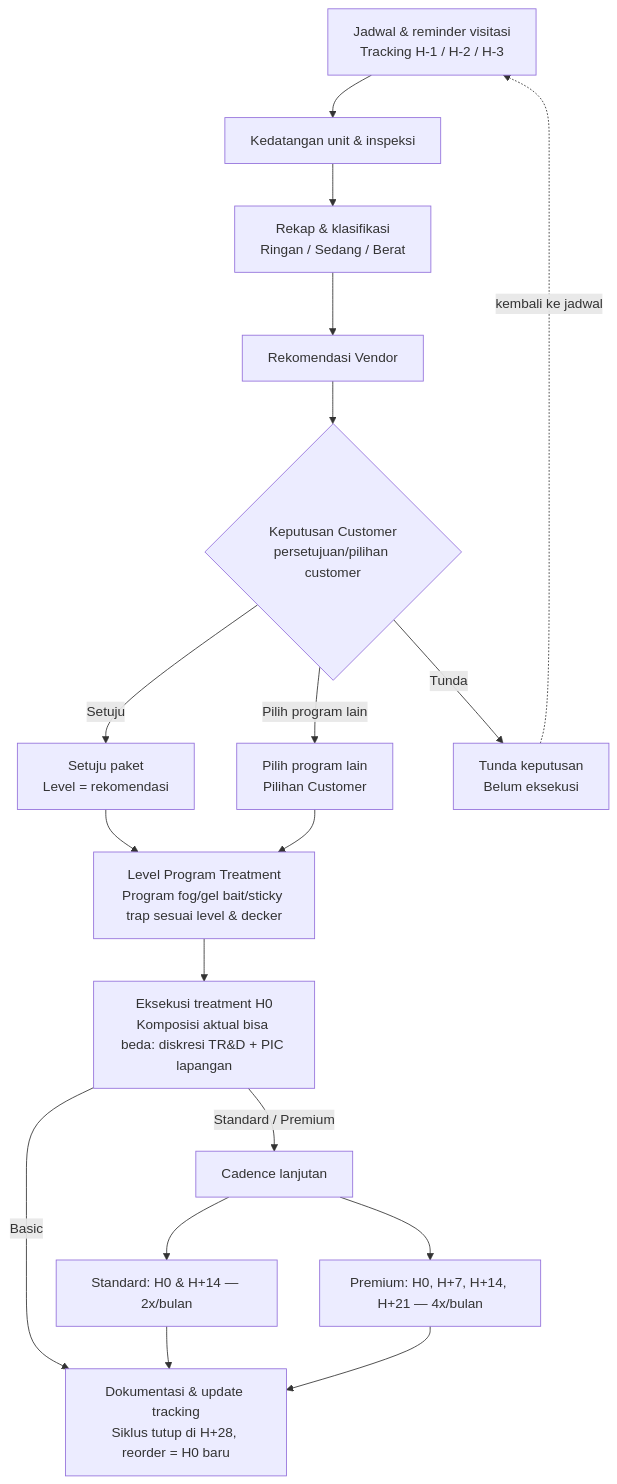
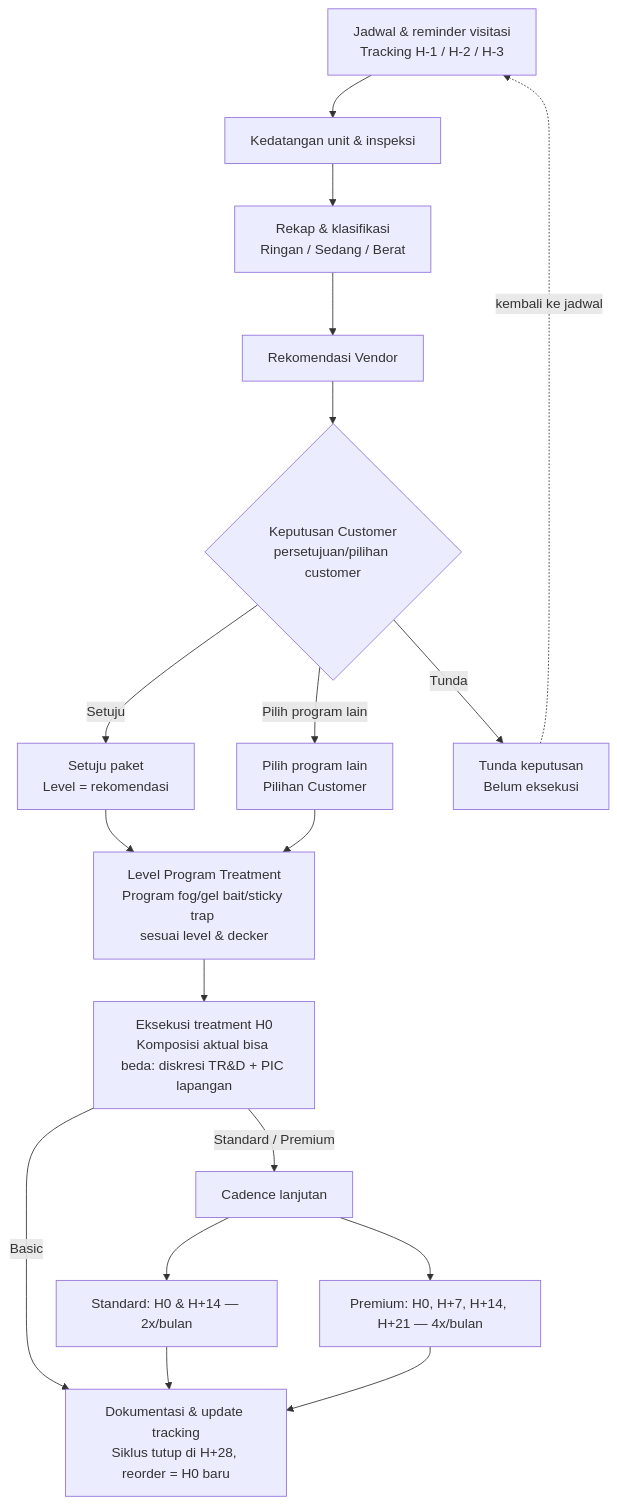
The first of 2 diagrams in README.md (Vanialive/WorkflowBugHunter), drawn with Mermaid before and after one commit.

````diff
--- a/README.md
+++ b/README.md
@@ -8,20 +8,20 @@
 ```mermaid
 flowchart TD
     A["Jadwal & reminder visitasi<br/>Tracking H-1 / H-2 / H-3"] --> B["Kedatangan unit & inspeksi"]
     B --> C["Rekap & klasifikasi<br/>Ringan / Sedang / Berat"]
     C --> D["Rekomendasi Vendor"]
     D --> E{"Keputusan Customer<br>persetujuan/pilihan customer"}
     E -->|Setuju| F["Setuju paket<br/>Level = rekomendasi"]
     E -->|Pilih program lain| G["Pilih program lain<br/>Pilihan Customer"]
     E -->|Tunda| H["Tunda keputusan<br/>Belum eksekusi"]
     H -.kembali ke jadwal.-> A
-    F --> I["Level Program Treatment<br/>Program fog/gel bait/sticky trap sesuai level & decker"]
+    F --> I["Level Program Treatment<br/>Program fog/gel bait/sticky trap <br>sesuai level & decker"]
     G --> I
     I --> J["Eksekusi treatment H0<br/>Komposisi aktual bisa beda: diskresi TR&D + PIC lapangan"]
     J -->|Basic| M["Dokumentasi & update tracking<br/>Siklus tutup di H+28, reorder = H0 baru"]
     J -->|Standard / Premium| K["Cadence lanjutan"]
     K --> K1["Standard: H0 & H+14 — 2x/bulan"]
     K --> K2["Premium: H0, H+7, H+14, H+21 — 4x/bulan"]
     K1 --> M
     K2 --> M
 ```
````
